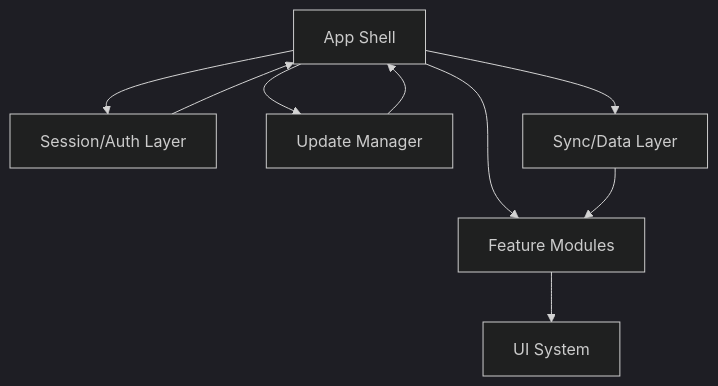
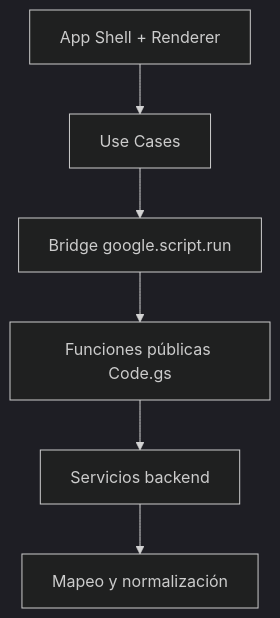
Before and after one commit to jackpoint811-ship-it/Burger-OG: the diagram in planning/target-architecture.md, drawn with Mermaid (dark theme). The commit also changed other lines of this file and 8 other files, not shown here.

````diff
--- a/planning/target-architecture.md
+++ b/planning/target-architecture.md
@@ -53,11 +37,8 @@
 ```mermaid
 flowchart TD
-    A[App Shell] --> B[Session/Auth Layer]
-    A --> C[Update Manager]
-    A --> D[Sync/Data Layer]
-    A --> E[Feature Modules]
-    E --> F[UI System]
-    D --> E
-    B --> A
-    C --> A
+    UI[App Shell + Renderer] --> UC[Use Cases]
+    UC --> BR[Bridge google.script.run]
+    BR --> API[Funciones públicas Code.gs]
+    API --> SVC[Servicios backend]
+    SVC --> MAP[Mapeo y normalización]
 ```
````
